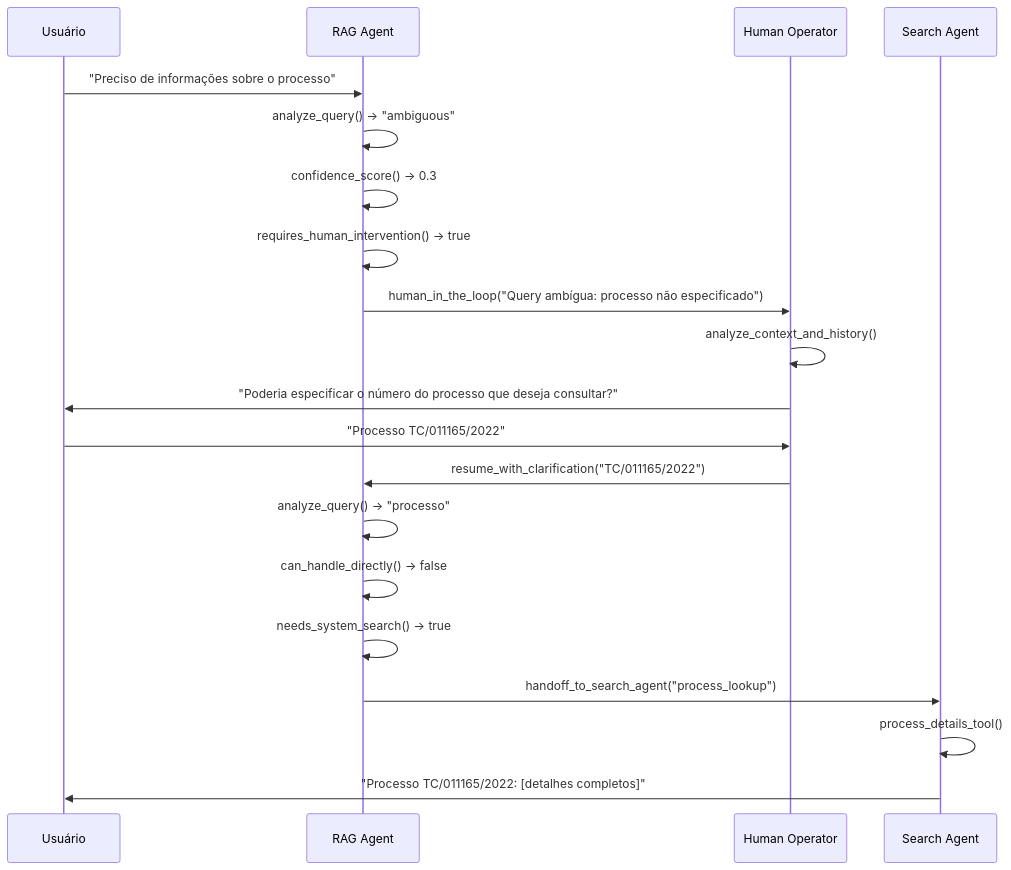
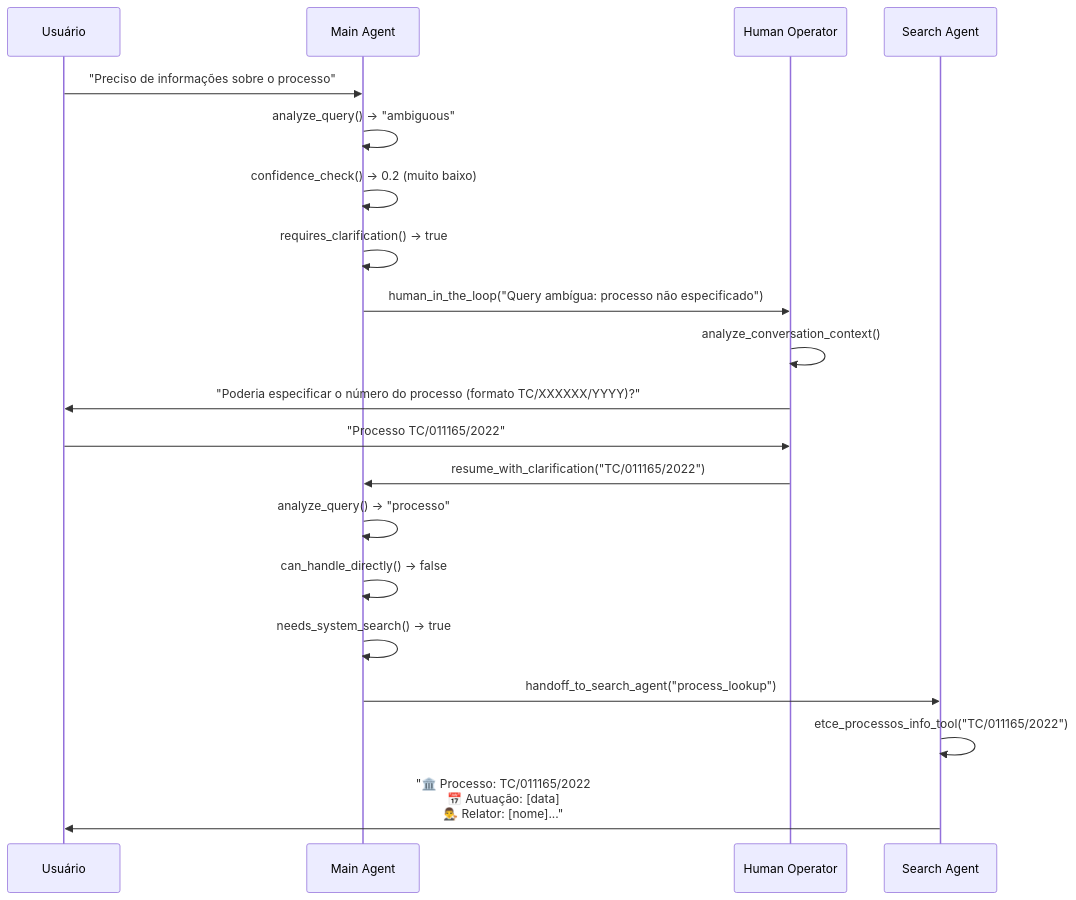
One commit to jgabriellima/coagent01-graph changed diagram 17 of 18 in docs/tce_swarm/ARCHITECTURE_COMPLETE.md. Above: the diagram before and after it, drawn with Mermaid. The commit also changed other lines of this file and 13 other files, not shown here.

First line of the commit message:
feat: Update TCE-PA architecture and documentation

````diff
--- a/docs/tce_swarm/ARCHITECTURE_COMPLETE.md
+++ b/docs/tce_swarm/ARCHITECTURE_COMPLETE.md
@@ -1593,32 +1586,32 @@
 ```mermaid
 sequenceDiagram
     participant U as Usuário
-    participant R as RAG Agent
+    participant M as Main Agent  
     participant H as Human Operator
     participant S as Search Agent
     
-    U->>R: "Preciso de informações sobre o processo"
+    U->>M: "Preciso de informações sobre o processo"
     
-    R->>R: analyze_query() → "ambiguous"
-    R->>R: confidence_score() → 0.3
-    R->>R: requires_human_intervention() → true
+    M->>M: analyze_query() → "ambiguous"
+    M->>M: confidence_check() → 0.2 (muito baixo)
+    M->>M: requires_clarification() → true
     
-    R->>H: human_in_the_loop("Query ambígua: processo não especificado")
+    M->>H: human_in_the_loop("Query ambígua: processo não especificado")
     
-    H->>H: analyze_context_and_history()
-    H->>U: "Poderia especificar o número do processo que deseja consultar?"
+    H->>H: analyze_conversation_context()
+    H->>U: "Poderia especificar o número do processo (formato TC/XXXXXX/YYYY)?"
     
     U->>H: "Processo TC/011165/2022"
     
-    H->>R: resume_with_clarification("TC/011165/2022")
+    H->>M: resume_with_clarification("TC/011165/2022")
     
-    R->>R: analyze_query() → "processo"
-    R->>R: can_handle_directly() → false
-    R->>R: needs_system_search() → true
+    M->>M: analyze_query() → "processo" 
+    M->>M: can_handle_directly() → false
+    M->>M: needs_system_search() → true
     
-    R->>S: handoff_to_search_agent("process_lookup")
+    M->>S: handoff_to_search_agent("process_lookup")
     
-    S->>S: process_details_tool()
+    S->>S: etce_processos_info_tool("TC/011165/2022")
     
-    S->>U: "Processo TC/011165/2022: [detalhes completos]"
+    S->>U: "🏛️ Processo: TC/011165/2022<br/>📅 Autuação: [data]<br/>👨‍⚖️ Relator: [nome]..."
 ```
````
